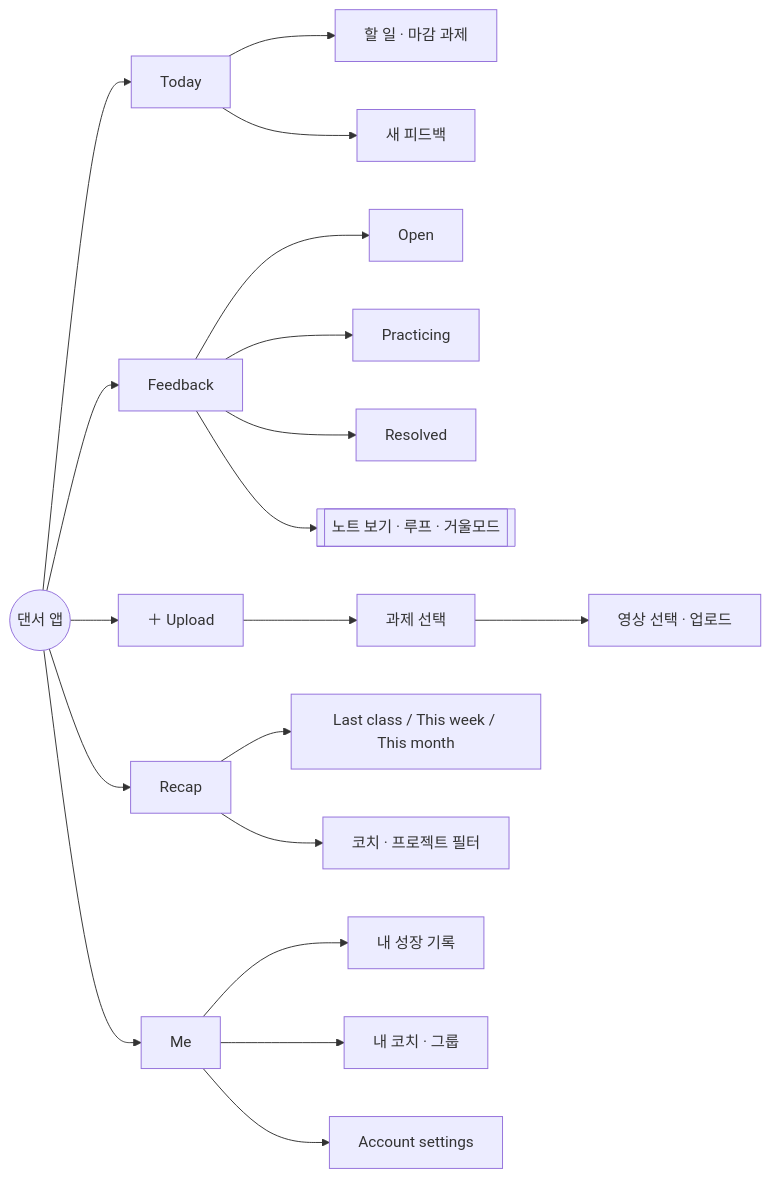
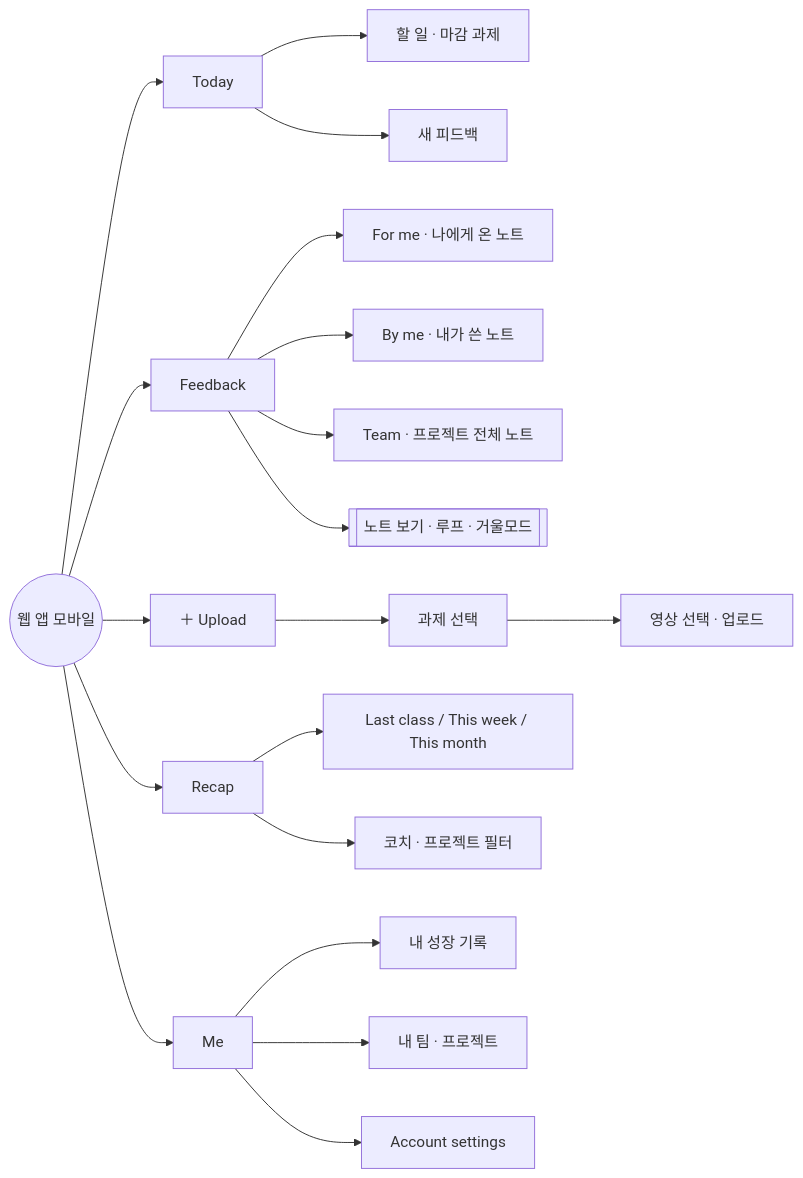
The fourth of 4 diagrams in docs/01-menu-structure.md (hope13710/dancerly), drawn with Mermaid before and after one commit. The commit also changed other lines of this file and 13 other files, not shown here.

````diff
--- a/docs/01-menu-structure.md
+++ b/docs/01-menu-structure.md
@@ -208,22 +209,22 @@
 ```mermaid
 flowchart LR
-  DA((댄서 앱)) --> T[Today]
+  DA((웹 앱 모바일)) --> T[Today]
   DA --> FB[Feedback]
   DA --> UP[＋ Upload]
   DA --> RC[Recap]
   DA --> ME[Me]
 
   T --> T1[할 일 · 마감 과제]
   T --> T2[새 피드백]
-  FB --> F1[Open]
-  FB --> F2[Practicing]
-  FB --> F3[Resolved]
+  FB --> F1[For me · 나에게 온 노트]
+  FB --> F2[By me · 내가 쓴 노트]
+  FB --> F3[Team · 프로젝트 전체 노트]
   FB --> PV[[노트 보기 · 루프 · 거울모드]]
   UP --> U1[과제 선택]
   U1 --> U2[영상 선택 · 업로드]
   RC --> R1[Last class / This week / This month]
   RC --> R2[코치 · 프로젝트 필터]
   ME --> M1[내 성장 기록]
-  ME --> M2[내 코치 · 그룹]
+  ME --> M2[내 팀 · 프로젝트]
   ME --> M3[Account settings]
 ```
````
